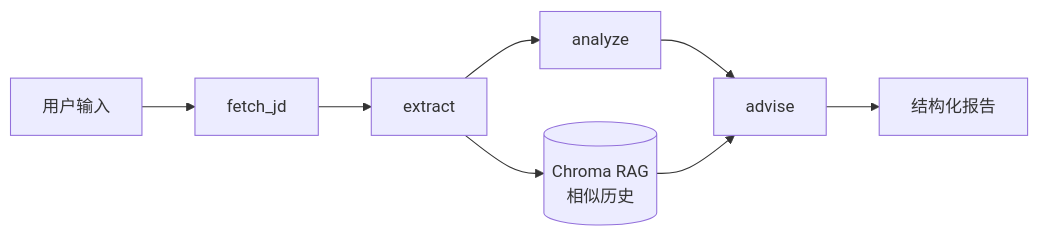
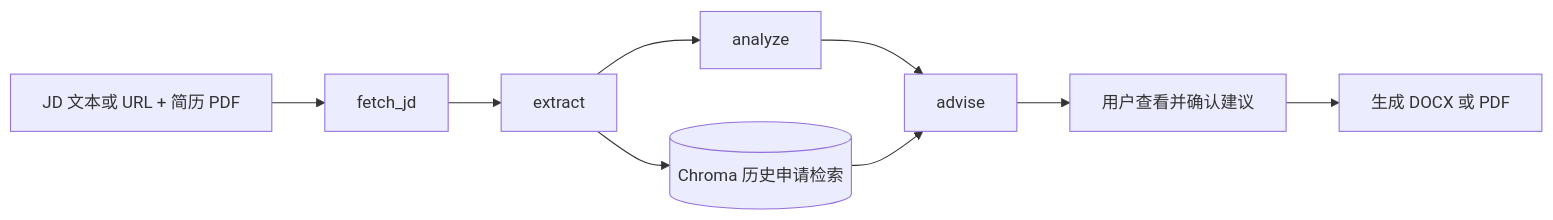
Before and after one commit to BigGooseDun/JobFit-Studio: the diagram in README-CN.md, drawn with Mermaid. The commit also changed other lines of this file and 15 other files, not shown here.

````diff
--- a/README-CN.md
+++ b/README-CN.md
@@ -35,10 +55,11 @@
 ```mermaid
 flowchart LR
-    User[用户输入] --> Fetch[fetch_jd]
+    User[JD 文本或 URL + 简历 PDF] --> Fetch[fetch_jd]
     Fetch --> Extract[extract]
     Extract --> Analyze[analyze]
-    Extract --> Retrieve[(Chroma RAG<br/>相似历史)]
+    Extract --> Retrieve[(Chroma 历史申请检索)]
     Analyze --> Advise[advise]
     Retrieve --> Advise
-    Advise --> Result[结构化报告]
+    Advise --> Review[用户查看并确认建议]
+    Review --> Export[生成 DOCX 或 PDF]
 ```
````
